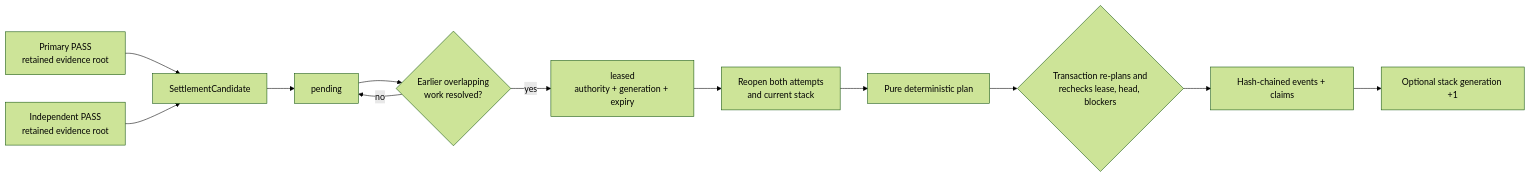
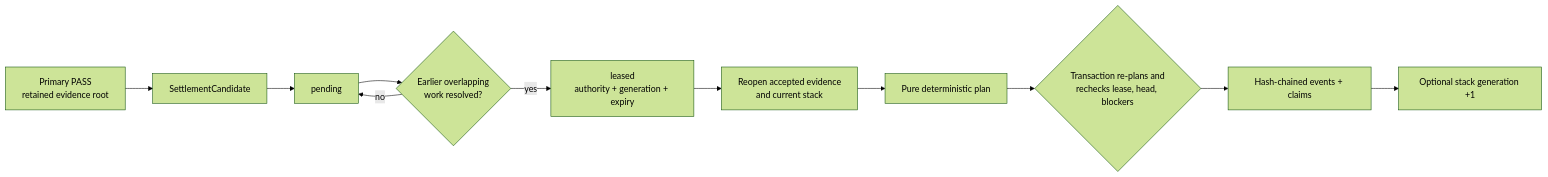
The first of 2 diagrams in docs/validator-guide/settlement-and-weights.md (latent-to/cacheon), drawn with Mermaid (forest theme) before and after one commit. The commit also changed other lines of this file and 433 other files, not shown here.

````diff
--- a/docs/validator-guide/settlement-and-weights.md
+++ b/docs/validator-guide/settlement-and-weights.md
@@ -50,14 +40,13 @@
 ```mermaid
 flowchart LR
     P1["Primary PASS<br/>retained evidence root"] --> Pair["SettlementCandidate"]
-    P2["Independent PASS<br/>retained evidence root"] --> Pair
     Pair --> Pending["pending"]
     Pending --> Blockers{"Earlier overlapping<br/>work resolved?"}
     Blockers -- no --> Pending
     Blockers -- yes --> Lease["leased<br/>authority + generation + expiry"]
-    Lease --> Reopen["Reopen both attempts<br/>and current stack"]
+    Lease --> Reopen["Reopen accepted evidence<br/>and current stack"]
     Reopen --> Plan["Pure deterministic plan"]
     Plan --> Commit{"Transaction re-plans and<br/>rechecks lease, head, blockers"}
     Commit --> Events["Hash-chained events + claims"]
     Events --> Stack["Optional stack generation +1"]
 ```
````
